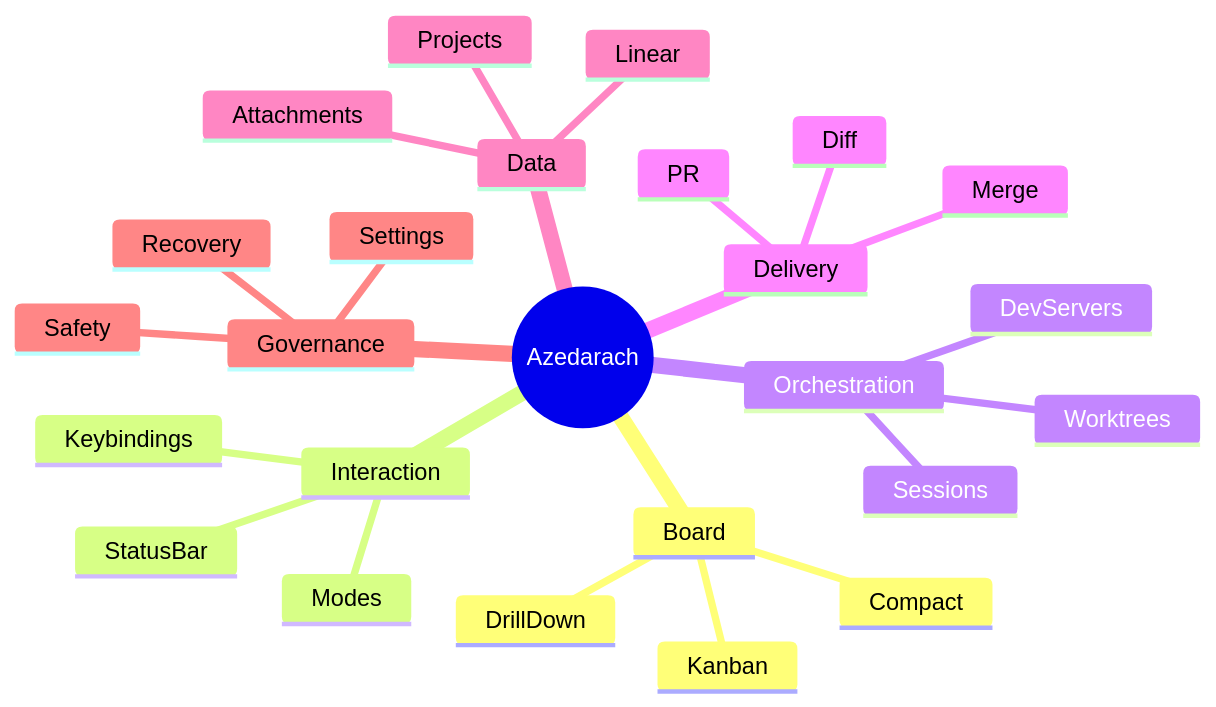
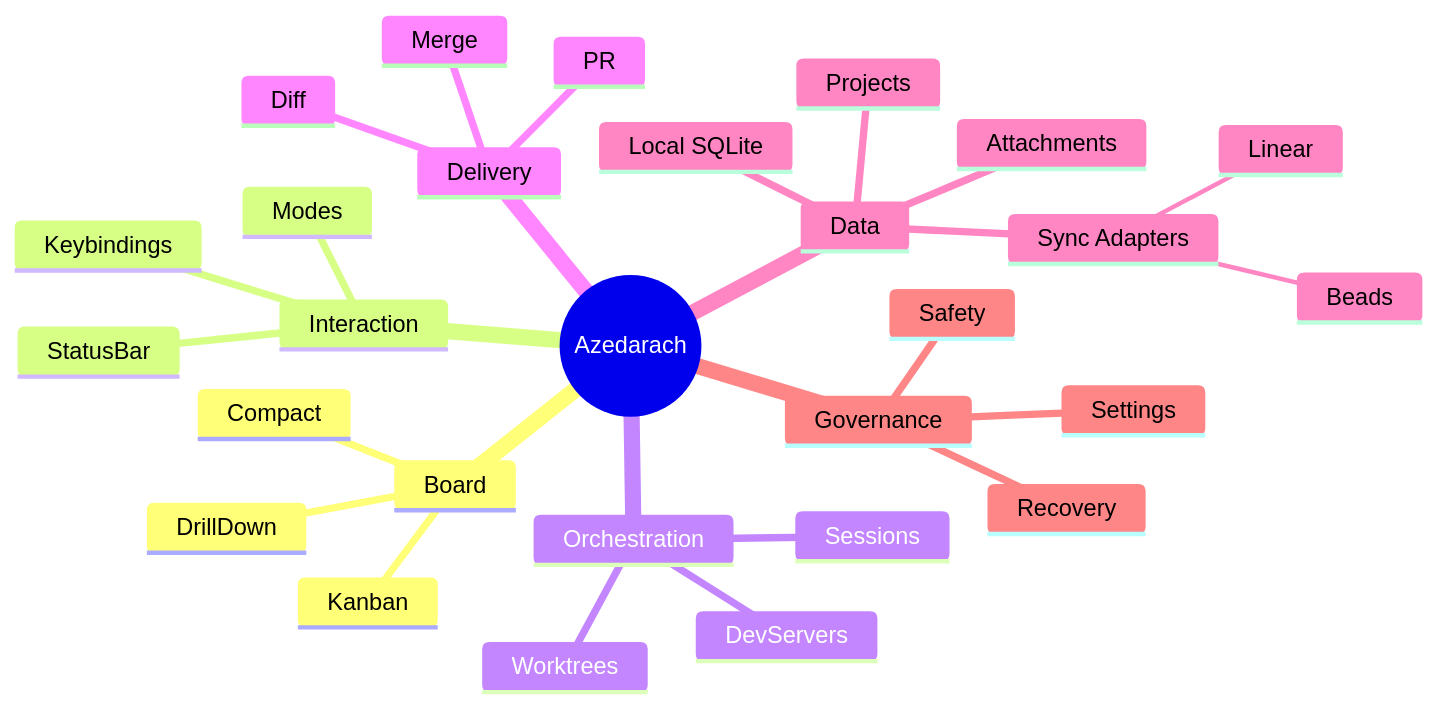
One commit to riordanpawley/azedarach changed the second of 2 diagrams in docs/spec/01-product-definition.md. Above: the diagram before and after it, drawn with Mermaid. The commit also changed other lines of this file and 8 other files, not shown here.

First line of the commit message:
docs(spec): align workflow spec to local-first sync architecture

````diff
--- a/docs/spec/01-product-definition.md
+++ b/docs/spec/01-product-definition.md
@@ -264,28 +265,31 @@
 ```mermaid
 mindmap
   root((Azedarach))
     Board
       Kanban
       Compact
       DrillDown
     Interaction
       Modes
       Keybindings
       StatusBar
     Orchestration
       Sessions
       Worktrees
       DevServers
     Delivery
       Merge
       Diff
       PR
     Data
-      Linear
+      Local SQLite
+      Sync Adapters
+        Linear
+        Beads
       Projects
       Attachments
     Governance
       Settings
       Safety
       Recovery
 ```
````
